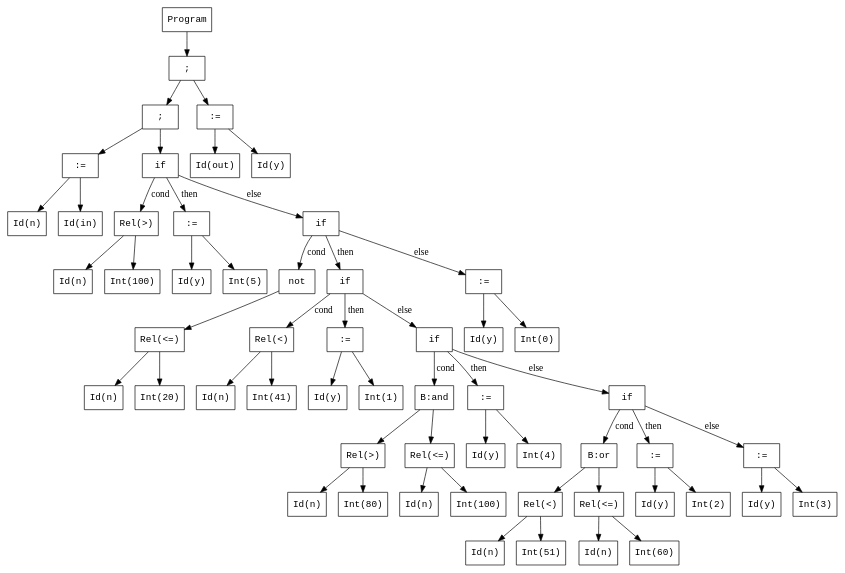
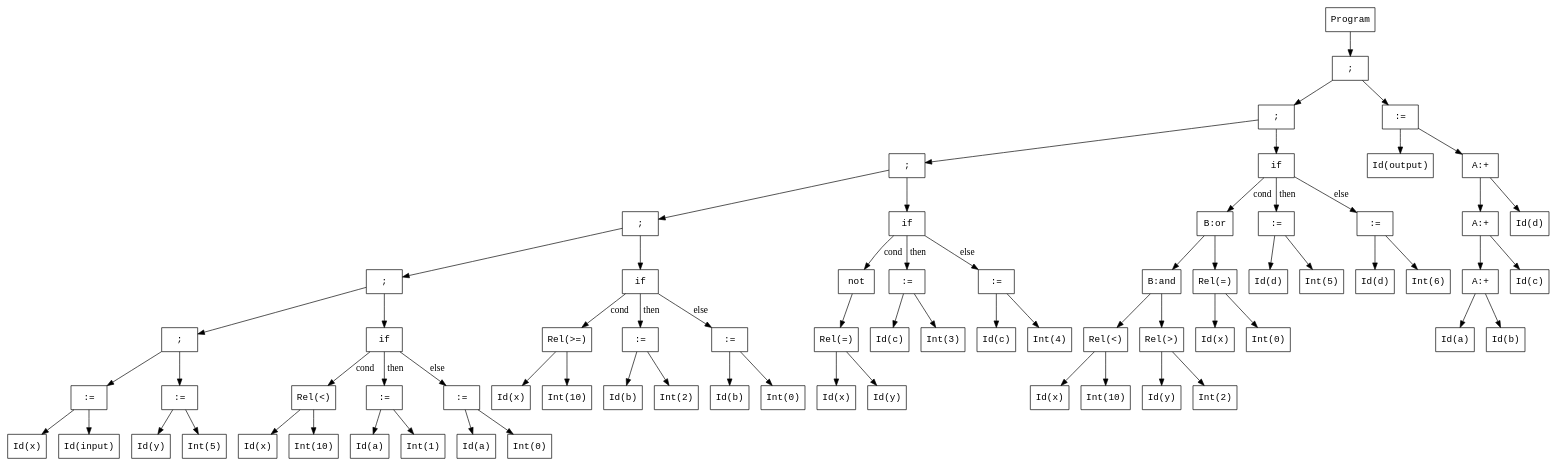
One commit to CatchSyntaxTerror/Terminators changed the diagram in ast.dot. Above: the diagram before and after it, drawn with Graphviz. The commit also changed 2 other files, not shown here.

```diff
--- a/ast.dot
+++ b/ast.dot
@@ -1,114 +1,144 @@
 digraph AST {
   node [shape=box, fontname="Courier"];
   n1 [label="Program"];
   n2 [label=";"];
   n3 [label=";"];
-  n4 [label=":="];
-  n5 [label="Id(n)"];
-  n6 [label="Id(in)"];
-  n4 -> n5;
-  n4 -> n6;
-  n7 [label="if"];
-  n8 [label="Rel(>)"];
-  n9 [label="Id(n)"];
-  n10 [label="Int(100)"];
+  n4 [label=";"];
+  n5 [label=";"];
+  n6 [label=";"];
+  n7 [label=";"];
+  n8 [label=":="];
+  n9 [label="Id(x)"];
+  n10 [label="Id(input)"];
   n8 -> n9;
   n8 -> n10;
   n11 [label=":="];
   n12 [label="Id(y)"];
   n13 [label="Int(5)"];
   n11 -> n12;
   n11 -> n13;
+  n7 -> n8;
+  n7 -> n11;
   n14 [label="if"];
-  n15 [label="not"];
-  n16 [label="Rel(<=)"];
-  n17 [label="Id(n)"];
-  n18 [label="Int(20)"];
-  n16 -> n17;
-  n16 -> n18;
+  n15 [label="Rel(<)"];
+  n16 [label="Id(x)"];
+  n17 [label="Int(10)"];
   n15 -> n16;
-  n19 [label="if"];
-  n20 [label="Rel(<)"];
-  n21 [label="Id(n)"];
-  n22 [label="Int(41)"];
-  n20 -> n21;
-  n20 -> n22;
-  n23 [label=":="];
-  n24 [label="Id(y)"];
-  n25 [label="Int(1)"];
-  n23 -> n24;
-  n23 -> n25;
-  n26 [label="if"];
-  n27 [label="B:and"];
-  n28 [label="Rel(>)"];
-  n29 [label="Id(n)"];
-  n30 [label="Int(80)"];
+  n15 -> n17;
+  n18 [label=":="];
+  n19 [label="Id(a)"];
+  n20 [label="Int(1)"];
+  n18 -> n19;
+  n18 -> n20;
+  n21 [label=":="];
+  n22 [label="Id(a)"];
+  n23 [label="Int(0)"];
+  n21 -> n22;
+  n21 -> n23;
+  n14 -> n15 [label="cond"];
+  n14 -> n18 [label="then"];
+  n14 -> n21 [label="else"];
+  n6 -> n7;
+  n6 -> n14;
+  n24 [label="if"];
+  n25 [label="Rel(>=)"];
+  n26 [label="Id(x)"];
+  n27 [label="Int(10)"];
+  n25 -> n26;
+  n25 -> n27;
+  n28 [label=":="];
+  n29 [label="Id(b)"];
+  n30 [label="Int(2)"];
   n28 -> n29;
   n28 -> n30;
-  n31 [label="Rel(<=)"];
-  n32 [label="Id(n)"];
-  n33 [label="Int(100)"];
+  n31 [label=":="];
+  n32 [label="Id(b)"];
+  n33 [label="Int(0)"];
   n31 -> n32;
   n31 -> n33;
-  n27 -> n28;
-  n27 -> n31;
-  n34 [label=":="];
-  n35 [label="Id(y)"];
-  n36 [label="Int(4)"];
-  n34 -> n35;
-  n34 -> n36;
-  n37 [label="if"];
-  n38 [label="B:or"];
-  n39 [label="Rel(<)"];
-  n40 [label="Id(n)"];
-  n41 [label="Int(51)"];
+  n24 -> n25 [label="cond"];
+  n24 -> n28 [label="then"];
+  n24 -> n31 [label="else"];
+  n5 -> n6;
+  n5 -> n24;
+  n34 [label="if"];
+  n35 [label="not"];
+  n36 [label="Rel(=)"];
+  n37 [label="Id(x)"];
+  n38 [label="Id(y)"];
+  n36 -> n37;
+  n36 -> n38;
+  n35 -> n36;
+  n39 [label=":="];
+  n40 [label="Id(c)"];
+  n41 [label="Int(3)"];
   n39 -> n40;
   n39 -> n41;
-  n42 [label="Rel(<=)"];
-  n43 [label="Id(n)"];
-  n44 [label="Int(60)"];
+  n42 [label=":="];
+  n43 [label="Id(c)"];
+  n44 [label="Int(4)"];
   n42 -> n43;
   n42 -> n44;
-  n38 -> n39;
-  n38 -> n42;
-  n45 [label=":="];
-  n46 [label="Id(y)"];
-  n47 [label="Int(2)"];
-  n45 -> n46;
-  n45 -> n47;
-  n48 [label=":="];
-  n49 [label="Id(y)"];
-  n50 [label="Int(3)"];
+  n34 -> n35 [label="cond"];
+  n34 -> n39 [label="then"];
+  n34 -> n42 [label="else"];
+  n4 -> n5;
+  n4 -> n34;
+  n45 [label="if"];
+  n46 [label="B:or"];
+  n47 [label="B:and"];
+  n48 [label="Rel(<)"];
+  n49 [label="Id(x)"];
+  n50 [label="Int(10)"];
   n48 -> n49;
   n48 -> n50;
-  n37 -> n38 [label="cond"];
-  n37 -> n45 [label="then"];
-  n37 -> n48 [label="else"];
-  n26 -> n27 [label="cond"];
-  n26 -> n34 [label="then"];
-  n26 -> n37 [label="else"];
-  n19 -> n20 [label="cond"];
-  n19 -> n23 [label="then"];
-  n19 -> n26 [label="else"];
-  n51 [label=":="];
+  n51 [label="Rel(>)"];
   n52 [label="Id(y)"];
-  n53 [label="Int(0)"];
+  n53 [label="Int(2)"];
   n51 -> n52;
   n51 -> n53;
-  n14 -> n15 [label="cond"];
-  n14 -> n19 [label="then"];
-  n14 -> n51 [label="else"];
-  n7 -> n8 [label="cond"];
-  n7 -> n11 [label="then"];
-  n7 -> n14 [label="else"];
-  n3 -> n4;
-  n3 -> n7;
-  n54 [label=":="];
-  n55 [label="Id(out)"];
-  n56 [label="Id(y)"];
+  n47 -> n48;
+  n47 -> n51;
+  n54 [label="Rel(=)"];
+  n55 [label="Id(x)"];
+  n56 [label="Int(0)"];
   n54 -> n55;
   n54 -> n56;
+  n46 -> n47;
+  n46 -> n54;
+  n57 [label=":="];
+  n58 [label="Id(d)"];
+  n59 [label="Int(5)"];
+  n57 -> n58;
+  n57 -> n59;
+  n60 [label=":="];
+  n61 [label="Id(d)"];
+  n62 [label="Int(6)"];
+  n60 -> n61;
+  n60 -> n62;
+  n45 -> n46 [label="cond"];
+  n45 -> n57 [label="then"];
+  n45 -> n60 [label="else"];
+  n3 -> n4;
+  n3 -> n45;
+  n63 [label=":="];
+  n64 [label="Id(output)"];
+  n65 [label="A:+"];
+  n66 [label="A:+"];
+  n67 [label="A:+"];
+  n68 [label="Id(a)"];
+  n69 [label="Id(b)"];
+  n67 -> n68;
+  n67 -> n69;
+  n70 [label="Id(c)"];
+  n66 -> n67;
+  n66 -> n70;
+  n71 [label="Id(d)"];
+  n65 -> n66;
+  n65 -> n71;
+  n63 -> n64;
+  n63 -> n65;
   n2 -> n3;
-  n2 -> n54;
+  n2 -> n63;
   n1 -> n2;
 }
```
